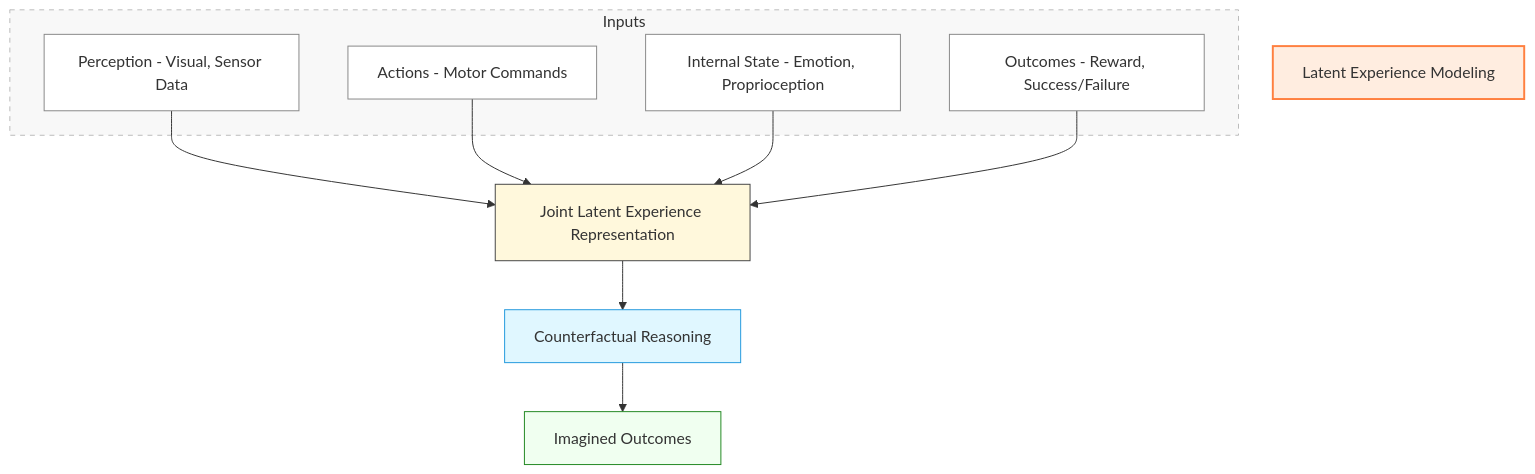
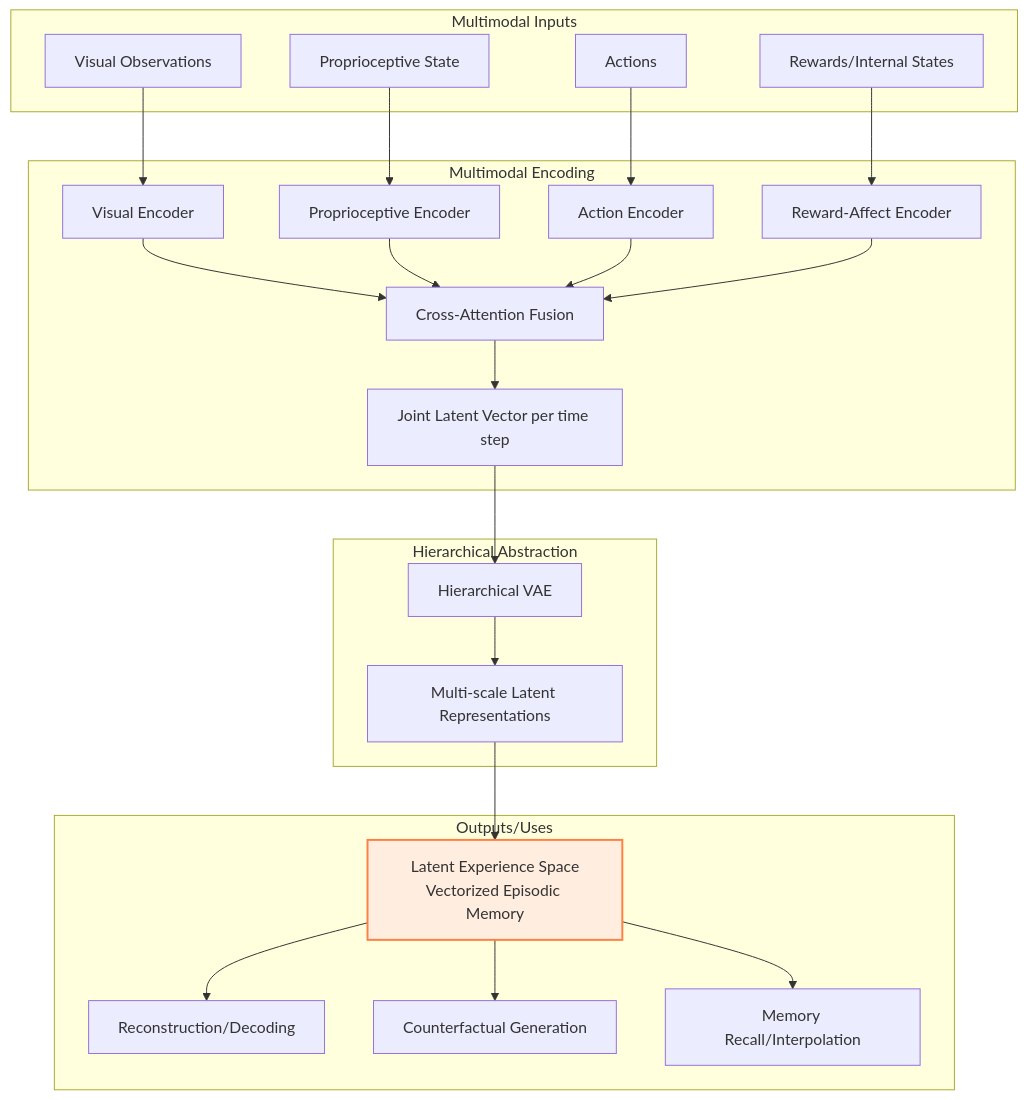
One commit to csmangum/latent_experience_modeling changed the diagram in Diagram.md. Above: the diagram before and after it, drawn with Mermaid. The commit also changed other lines of this file and 1 other file, not shown here.

Commit message:
Update Diagram and README documentation for Latent Experience Modeling. The diagram now reflects a more detailed architecture, including multimodal inputs, encoding processes, and outputs. The README has been expanded to provide an overview of the project, key components, and research goals, enhancing clarity and understanding of the model's structure and objectives.

````diff
--- a/Diagram.md
+++ b/Diagram.md
@@ -1,30 +1,40 @@
 ```mermaid
-flowchart TD
-    A[Latent Experience Modeling]:::header
-
-    subgraph Inputs
-        P[Perception - Visual, Sensor Data]
-        A2[Actions - Motor Commands]
-        I[Internal State - Emotion, Proprioception]
-        O[Outcomes - Reward, Success/Failure]
+graph TD
+    subgraph "Multimodal Inputs"
+        Visual[Visual Observations]
+        Proprio[Proprioceptive State]
+        Actions[Actions]
+        Rewards[Rewards/Internal States]
     end
 
-    P --> L[Joint Latent Experience Representation]
-    A2 --> L
-    I --> L
-    O --> L
+    Visual --> VisualEncoder[Visual Encoder]
+    Proprio --> ProprioEncoder[Proprioceptive Encoder]
+    Actions --> ActionEncoder[Action Encoder]
+    Rewards --> RewardEncoder[Reward-Affect Encoder]
 
-    L --> C[Counterfactual Reasoning]
-    C --> O2[Imagined Outcomes]
+    subgraph "Multimodal Encoding"
+        VisualEncoder --> CrossAttention[Cross-Attention Fusion]
+        ProprioEncoder --> CrossAttention
+        ActionEncoder --> CrossAttention
+        RewardEncoder --> CrossAttention
+        CrossAttention --> JointLatent["Joint Latent Vector per time step"]
+    end
 
-    style A fill:#ffede0,stroke:#ff8040,stroke-width:2px
+    JointLatent --> HierarchicalVAE
+
+    subgraph "Hierarchical Abstraction"
+        HierarchicalVAE[Hierarchical VAE] --> AbstractLatent[Multi-scale Latent Representations]
+    end
+
+    AbstractLatent --> LatentSpace["Latent Experience Space<br/>Vectorized Episodic Memory"]
+
+    subgraph "Outputs/Uses"
+        LatentSpace --> Reconstruction[Reconstruction/Decoding]
+        LatentSpace --> Counterfactual[Counterfactual Generation]
+        LatentSpace --> Recall[Memory Recall/Interpolation]
+    end
+
     classDef header fill:#ffede0,stroke:#ff8040,stroke-width:2px;
-    style L fill:#fff8dc,stroke:#444,stroke-width:1px
-    style Inputs fill:#f8f8f8,stroke:#bbb,stroke-dasharray: 5 5
-    style P fill:#ffffff,stroke:#888
-    style A2 fill:#ffffff,stroke:#888
-    style I fill:#ffffff,stroke:#888
-    style O fill:#ffffff,stroke:#888
-    style C fill:#e0f7ff,stroke:#2299dd
-    style O2 fill:#f0fff0,stroke:#228822
+    classDef layer fill:#f8f8f8,stroke:#bbb,stroke-dasharray: 5 5;
+    class LatentSpace header;
 ```
````
